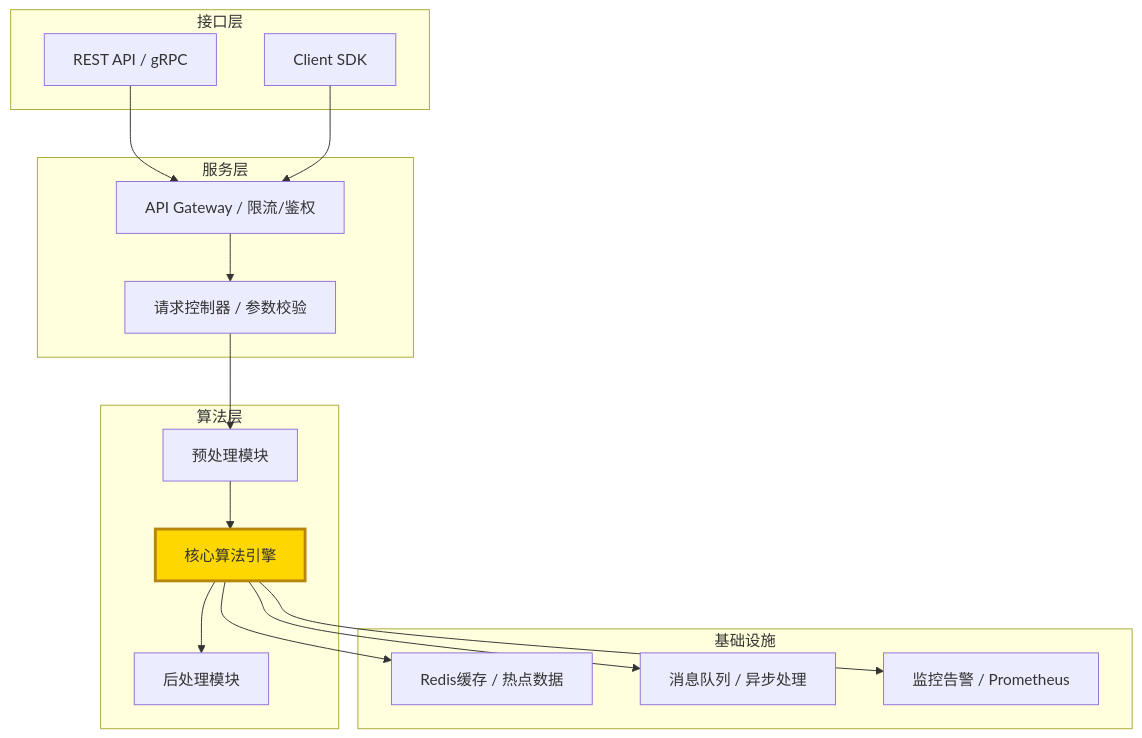
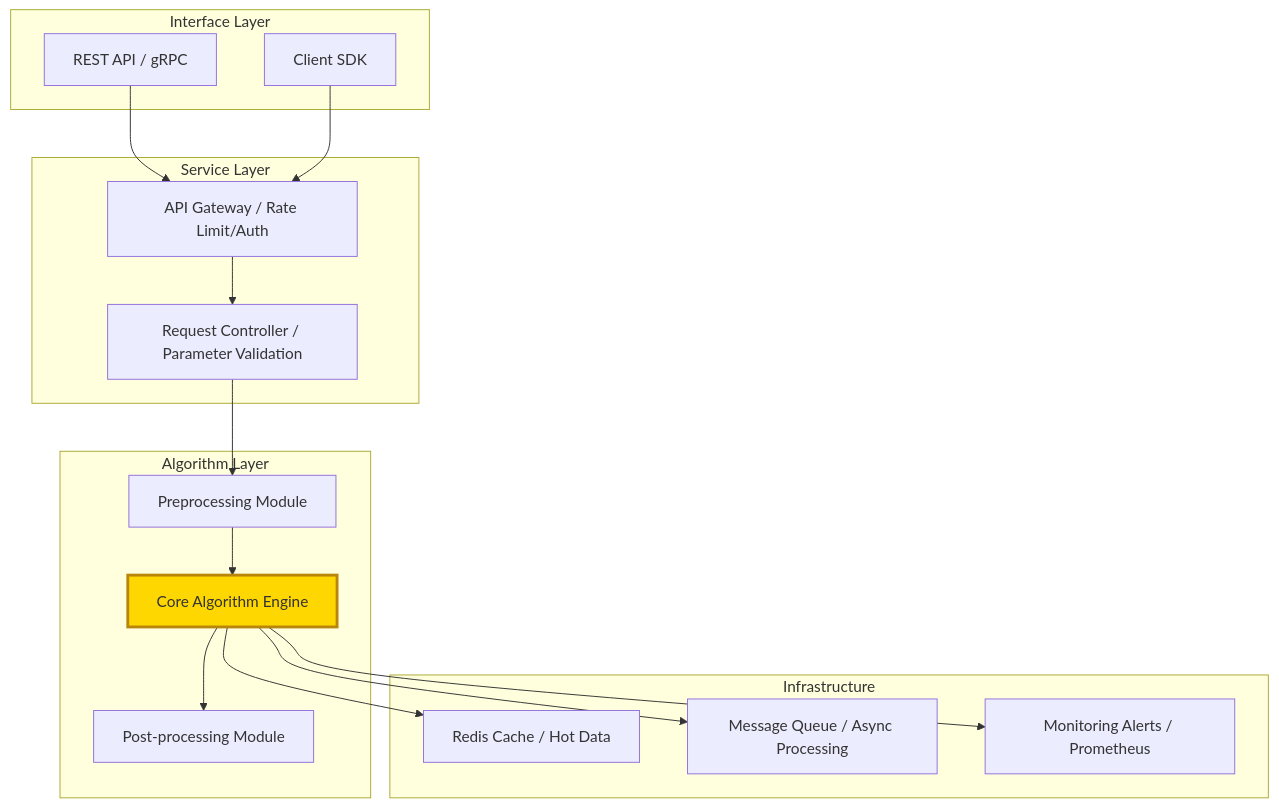
Before and after one commit to Kirky-X/cangjie: the seventh of 10 diagrams in templates/产品/技术层/【模板】核心算法文档.md, drawn with Mermaid. The commit also changed other lines of this file and 60 other files, not shown here.

````diff
--- a/templates/产品/技术层/【模板】核心算法文档.md
+++ b/templates/产品/技术层/【模板】核心算法文档.md
@@ -601,33 +601,33 @@
 ```mermaid
 graph TB
-    subgraph 接口层
+    subgraph Interface Layer
         API[REST API / gRPC]
         SDK[Client SDK]
     end
 
-    subgraph 服务层
-        Gateway[API Gateway / 限流/鉴权]
-        Controller[请求控制器 / 参数校验]
+    subgraph Service Layer
+        Gateway[API Gateway / Rate Limit/Auth]
+        Controller[Request Controller / Parameter Validation]
     end
 
-    subgraph 算法层
-        Preprocess[预处理模块]
-        Core[核心算法引擎]
-        Postprocess[后处理模块]
+    subgraph Algorithm Layer
+        Preprocess[Preprocessing Module]
+        Core[Core Algorithm Engine]
+        Postprocess[Post-processing Module]
     end
 
-    subgraph 基础设施
-        Cache[Redis缓存 / 热点数据]
-        MQ[消息队列 / 异步处理]
-        Monitor[监控告警 / Prometheus]
+    subgraph Infrastructure
+        Cache[Redis Cache / Hot Data]
+        MQ[Message Queue / Async Processing]
+        Monitor[Monitoring Alerts / Prometheus]
     end
 
     API --> Gateway --> Controller
     SDK --> Gateway
     Controller --> Preprocess --> Core --> Postprocess
     Core --> Cache
     Core --> MQ
     Core --> Monitor
 
     style Core fill:#ffd700,stroke:#b8860b,stroke-width:3px
 ```
````
